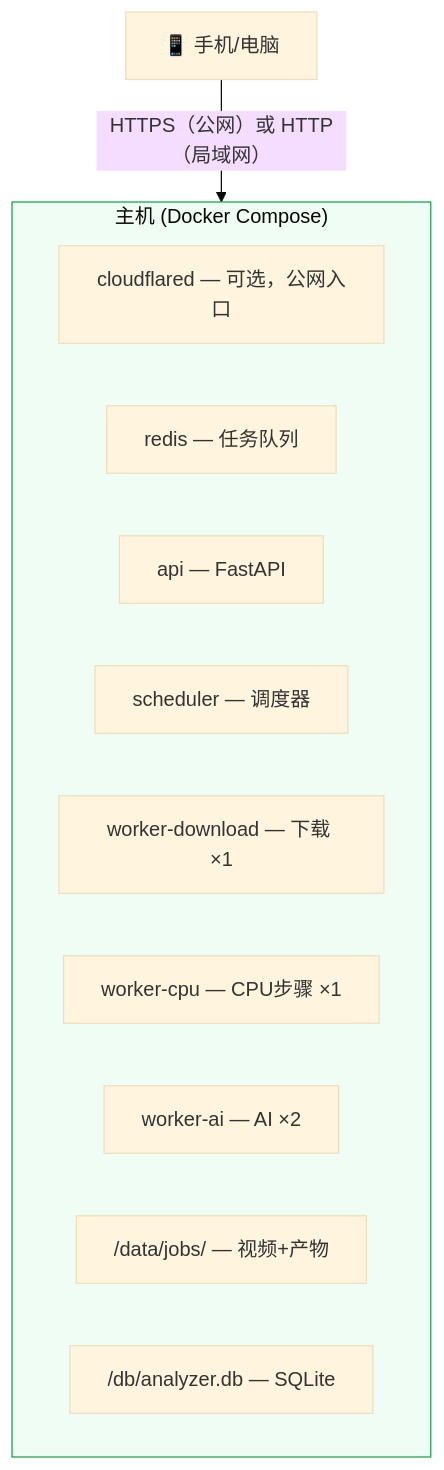
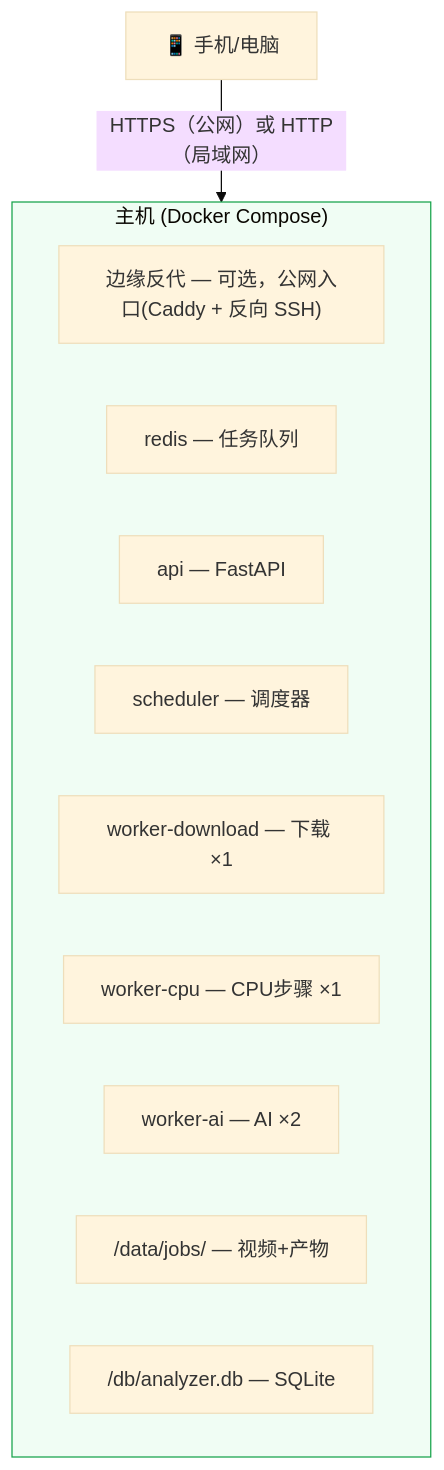
Before and after one commit to Gwzlchn/Mnemo: the second of 9 diagrams in docs/01-architecture.md, drawn with Mermaid (base theme). The commit also changed other lines of this file and 28 other files, not shown here.

````diff
--- a/docs/01-architecture.md
+++ b/docs/01-architecture.md
@@ -60,19 +60,19 @@
 ```mermaid
 graph TD
     client["📱 手机/电脑"]
     client -->|"HTTPS（公网）或 HTTP（局域网）"| host
 
     subgraph host["主机 (Docker Compose)"]
-        cloudflared["cloudflared — 可选，公网入口"]
+        edge["边缘反代 — 可选，公网入口(Caddy + 反向 SSH)"]
         redis_s["redis — 任务队列"]
         api_s["api — FastAPI"]
         scheduler_s["scheduler — 调度器"]
         dl_s["worker-download — 下载 ×1"]
         cpu_s["worker-cpu — CPU步骤 ×1"]
         ai_s["worker-ai — AI ×2"]
         data["/data/jobs/ — 视频+产物"]
         db["/db/analyzer.db — SQLite"]
     end
 
     style host fill:#f0fdf4,stroke:#16a34a
 ```
````
